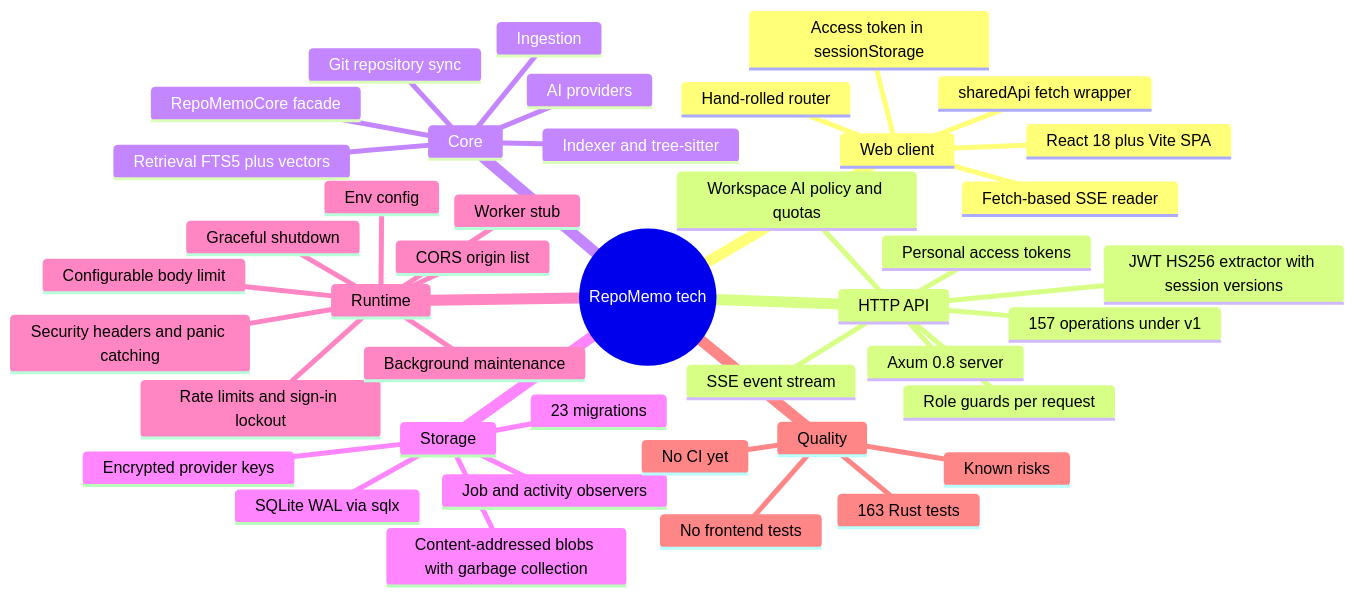
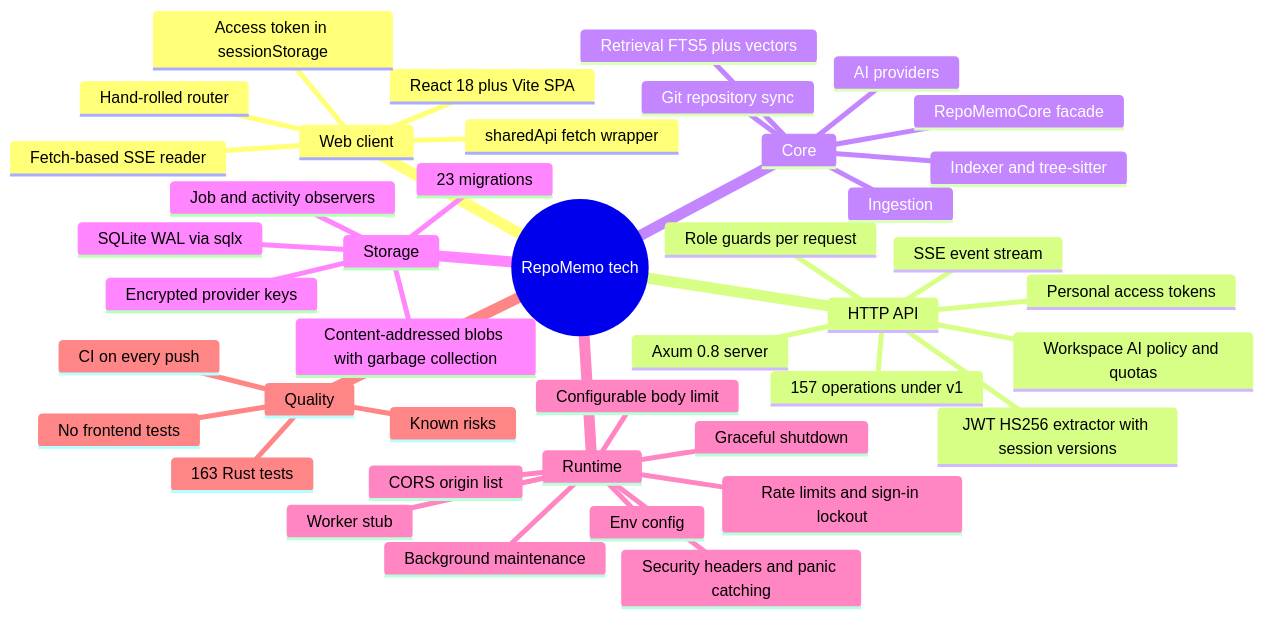
Before and after one commit to winksen/RepoMemo: the first of 6 diagrams in mindmap/TECHNICAL_MINDMAP.md, drawn with Mermaid. The commit also changed other lines of this file and 23 other files, not shown here.

````diff
--- a/mindmap/TECHNICAL_MINDMAP.md
+++ b/mindmap/TECHNICAL_MINDMAP.md
@@ -11,45 +11,45 @@
 ```mermaid
 mindmap
   root((RepoMemo tech))
     Web client
       React 18 plus Vite SPA
       Hand-rolled router
       sharedApi fetch wrapper
       Access token in sessionStorage
       Fetch-based SSE reader
     HTTP API
       Axum 0.8 server
       157 operations under v1
       JWT HS256 extractor with session versions
       Personal access tokens
       Role guards per request
       Workspace AI policy and quotas
       SSE event stream
     Core
       RepoMemoCore facade
       Ingestion
       Indexer and tree-sitter
       Retrieval FTS5 plus vectors
       Git repository sync
       AI providers
     Storage
       SQLite WAL via sqlx
       23 migrations
       Content-addressed blobs with garbage collection
       Encrypted provider keys
       Job and activity observers
     Runtime
       Env config
       CORS origin list
       Configurable body limit
       Rate limits and sign-in lockout
       Security headers and panic catching
       Background maintenance
       Graceful shutdown
       Worker stub
     Quality
       163 Rust tests
       No frontend tests
-      No CI yet
+      CI on every push
       Known risks
 ```
````
